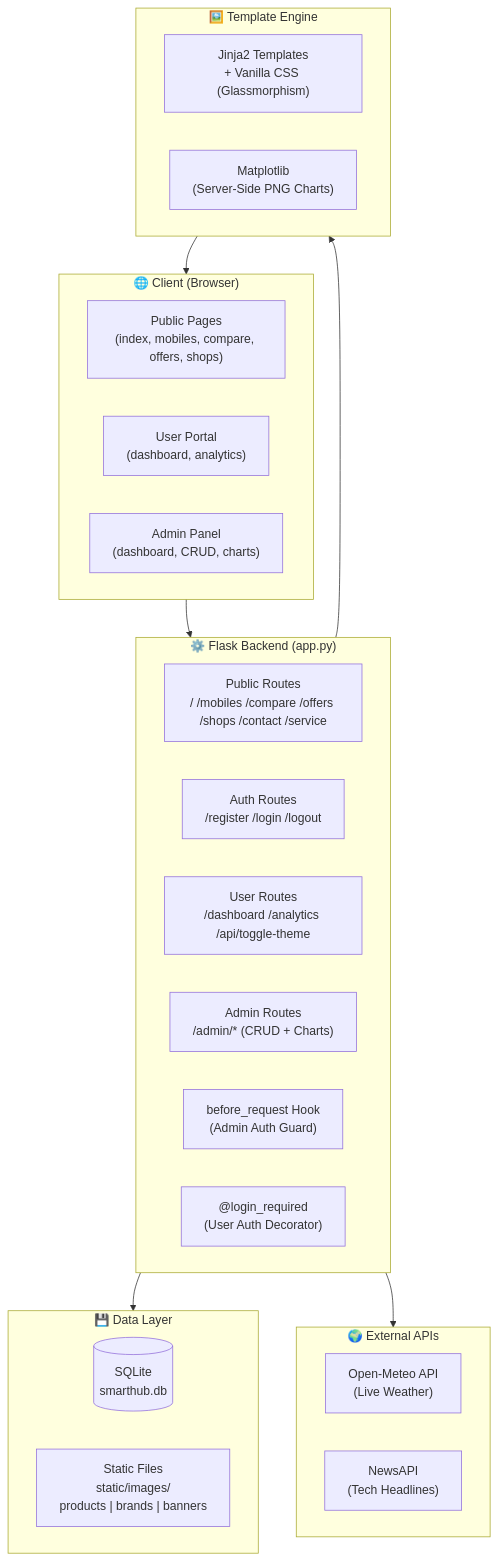
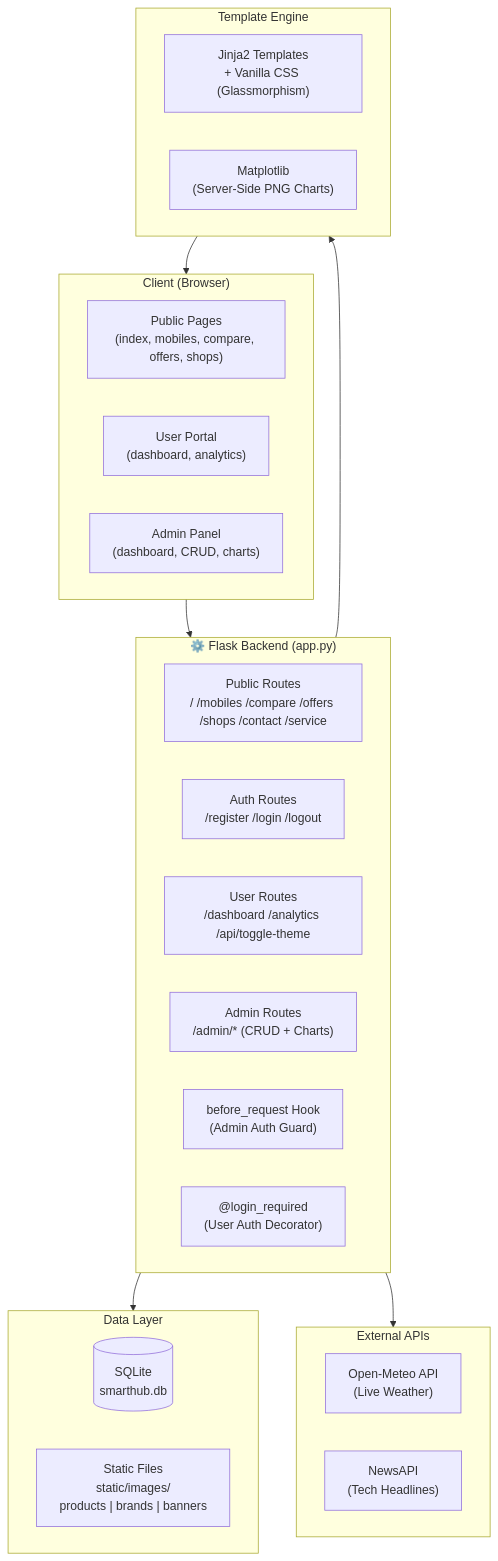
One commit to ItsMeTinku/smart-hub changed the first of 3 diagrams in README.md. Above: the diagram before and after it, drawn with Mermaid. The commit also changed other lines of this file, not shown here.

````diff
--- a/README.md
+++ b/README.md
@@ -113,38 +113,38 @@
 ```mermaid
 graph TD
-    subgraph Browser["🌐 Client (Browser)"]
+    subgraph Browser[" Client (Browser)"]
         PUB["Public Pages\n(index, mobiles, compare, offers, shops)"]
         USR["User Portal\n(dashboard, analytics)"]
         ADM["Admin Panel\n(dashboard, CRUD, charts)"]
     end
 
     subgraph Flask["⚙️ Flask Backend (app.py)"]
         PUB_ROUTES["Public Routes\n/ /mobiles /compare /offers /shops /contact /service"]
         AUTH_ROUTES["Auth Routes\n/register /login /logout"]
         USER_ROUTES["User Routes\n/dashboard /analytics /api/toggle-theme"]
         ADMIN_ROUTES["Admin Routes\n/admin/* (CRUD + Charts)"]
         BEFORE_REQ["before_request Hook\n(Admin Auth Guard)"]
         LOGIN_DEC["@login_required\n(User Auth Decorator)"]
     end
 
-    subgraph Data["💾 Data Layer"]
+    subgraph Data[" Data Layer"]
         DB[("SQLite\nsmarthub.db")]
         FS["Static Files\nstatic/images/\nproducts | brands | banners"]
     end
 
-    subgraph External["🌍 External APIs"]
+    subgraph External[" External APIs"]
         WEATHER["Open-Meteo API\n(Live Weather)"]
         NEWS["NewsAPI\n(Tech Headlines)"]
     end
 
-    subgraph Rendering["🖼️ Template Engine"]
+    subgraph Rendering[" Template Engine"]
         JINJA["Jinja2 Templates\n+ Vanilla CSS (Glassmorphism)"]
         MATPLOTLIB["Matplotlib\n(Server-Side PNG Charts)"]
     end
 
     Browser --> Flask
     Flask --> Data
     Flask --> External
     Flask --> Rendering
     Rendering --> Browser
 ```
````
